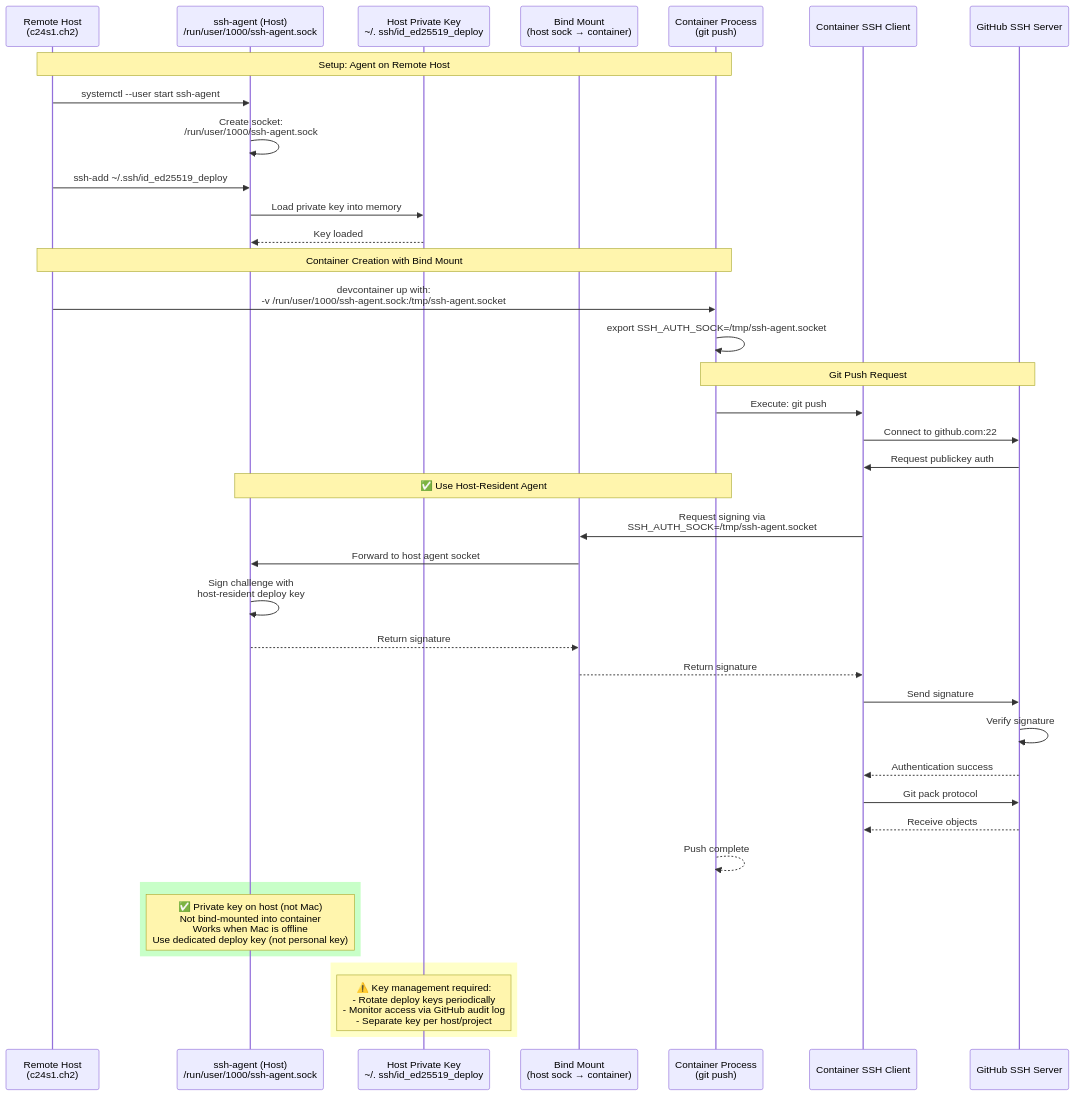
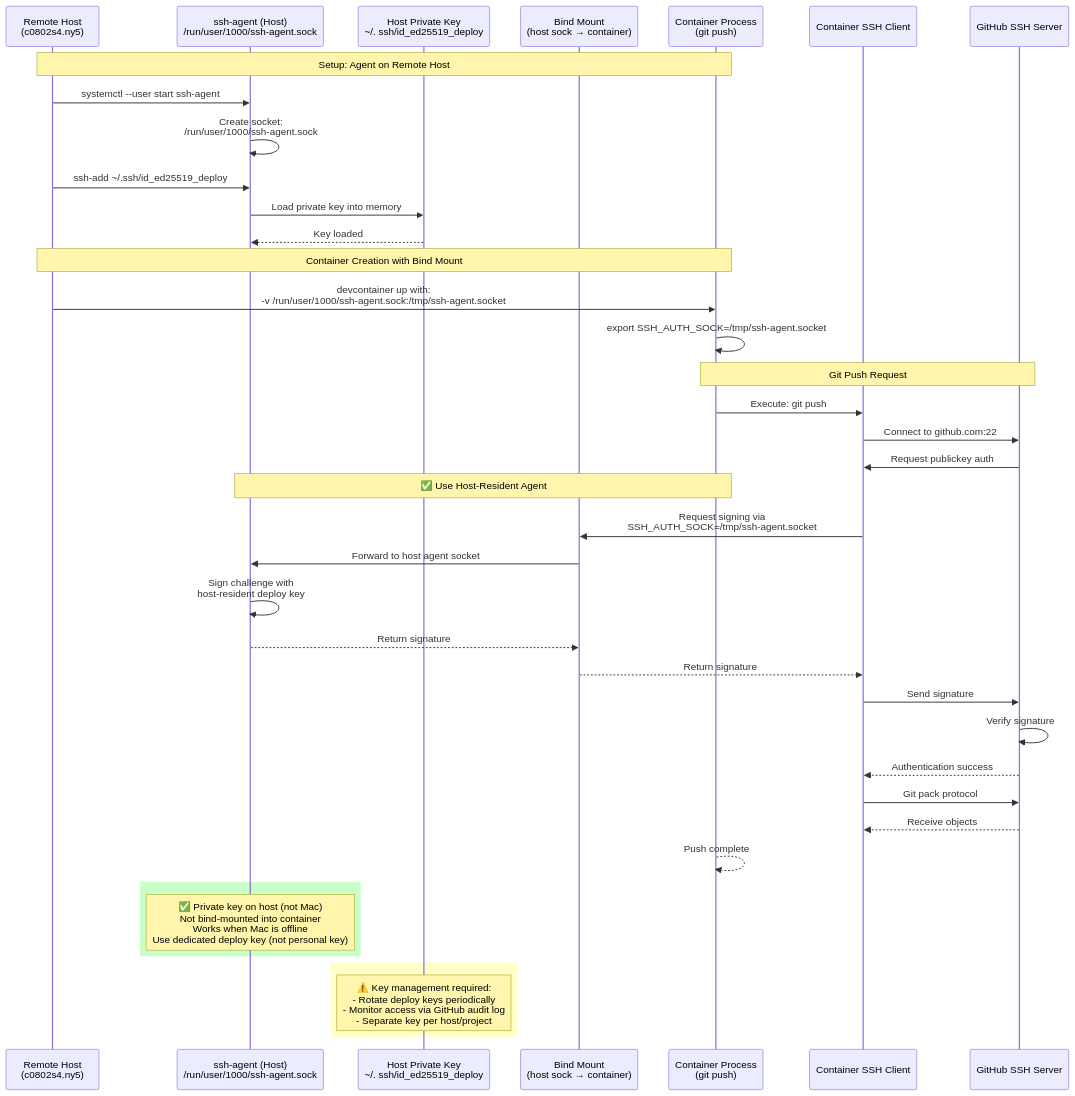
Diagram 11 of 23 in docs/WORKFLOW_DIAGRAMS.md (rmanaloto-tastytrade/SlotMap), drawn with Mermaid before and after one commit. The commit also changed other lines of this file and 14 other files, not shown here.

````diff
--- a/docs/WORKFLOW_DIAGRAMS.md
+++ b/docs/WORKFLOW_DIAGRAMS.md
@@ -513,50 +513,50 @@
 ```mermaid
 sequenceDiagram
-    participant RemoteHost as Remote Host<br/>(c24s1.ch2)
+    participant RemoteHost as Remote Host<br/>(c0802s4.ny5)
     participant HostAgent as ssh-agent (Host)<br/>/run/user/1000/ssh-agent.sock
     participant HostKey as Host Private Key<br/>~/. ssh/id_ed25519_deploy
     participant BindMount as Bind Mount<br/>(host sock → container)
     participant Container as Container Process<br/>(git push)
     participant ContainerSSH as Container SSH Client
     participant GitHub as GitHub SSH Server
 
     Note over RemoteHost,Container: Setup: Agent on Remote Host
     RemoteHost->>HostAgent: systemctl --user start ssh-agent
     HostAgent->>HostAgent: Create socket:<br/>/run/user/1000/ssh-agent.sock
     RemoteHost->>HostAgent: ssh-add ~/.ssh/id_ed25519_deploy
     HostAgent->>HostKey: Load private key into memory
     HostKey-->>HostAgent: Key loaded
 
     Note over RemoteHost,Container: Container Creation with Bind Mount
     RemoteHost->>Container: devcontainer up with:<br/>-v /run/user/1000/ssh-agent.sock:/tmp/ssh-agent.socket
     Container->>Container: export SSH_AUTH_SOCK=/tmp/ssh-agent.socket
 
     Note over Container,GitHub: Git Push Request
     Container->>ContainerSSH: Execute: git push
     ContainerSSH->>GitHub: Connect to github.com:22
     GitHub->>ContainerSSH: Request publickey auth
 
     Note over Container,HostAgent: ✅ Use Host-Resident Agent
     ContainerSSH->>BindMount: Request signing via<br/>SSH_AUTH_SOCK=/tmp/ssh-agent.socket
     BindMount->>HostAgent: Forward to host agent socket
 
     HostAgent->>HostAgent: Sign challenge with<br/>host-resident deploy key
     HostAgent-->>BindMount: Return signature
     BindMount-->>ContainerSSH: Return signature
 
     ContainerSSH->>GitHub: Send signature
     GitHub->>GitHub: Verify signature
     GitHub-->>ContainerSSH: Authentication success
 
     ContainerSSH->>GitHub: Git pack protocol
     GitHub-->>ContainerSSH: Receive objects
     Container-->>Container: Push complete
 
     rect rgb(200, 255, 200)
         Note over HostAgent: ✅ Private key on host (not Mac)<br/>Not bind-mounted into container<br/>Works when Mac is offline<br/>Use dedicated deploy key (not personal key)
     end
 
     rect rgb(255, 255, 200)
         Note over HostKey: ⚠️ Key management required:<br/>- Rotate deploy keys periodically<br/>- Monitor access via GitHub audit log<br/>- Separate key per host/project
     end
 ```
````
